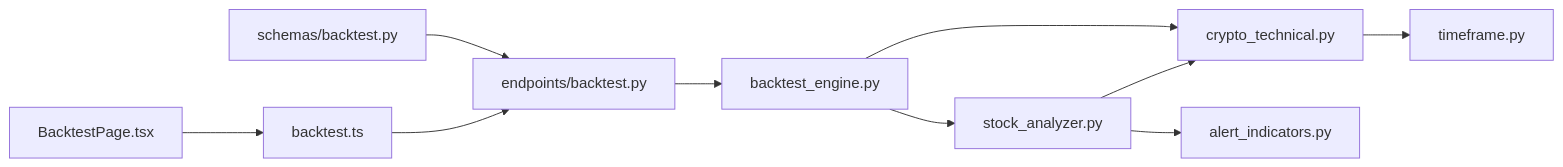
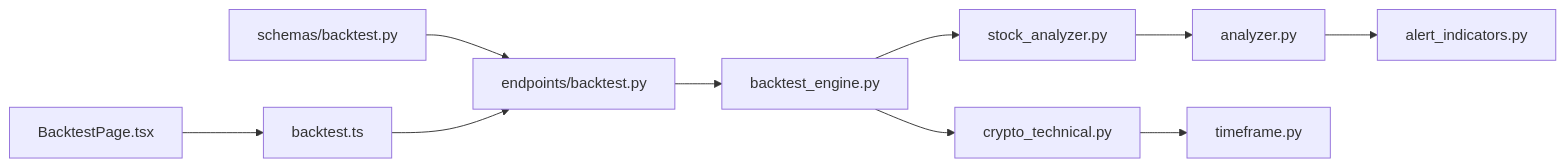
Before and after one commit to anYaoooo/daily_stock_analysis: the tenth of 10 diagrams in .qoder/repowiki/zh/content/交易策略系统/技术指标系统.md, drawn with Mermaid. The commit also changed other lines of this file and 23 other files, not shown here.

````diff
--- a/.qoder/repowiki/zh/content/交易策略系统/技术指标系统.md
+++ b/.qoder/repowiki/zh/content/交易策略系统/技术指标系统.md
@@ -349,12 +396,12 @@
 ```mermaid
 graph LR
 BE["backtest_engine.py"] --> TI["crypto_technical.py"]
 BE --> SA["stock_analyzer.py"]
-SA --> TI
-SA --> AL["alert_indicators.py"]
+SA --> AL["analyzer.py"]
+AL --> AF["alert_indicators.py"]
 TI --> TF["timeframe.py"]
 EP["endpoints/backtest.py"] --> BE
 SCHEMA["schemas/backtest.py"] --> EP
 FE_API["backtest.ts"] --> EP
 FE_PAGE["BacktestPage.tsx"] --> FE_API
 ```
````
